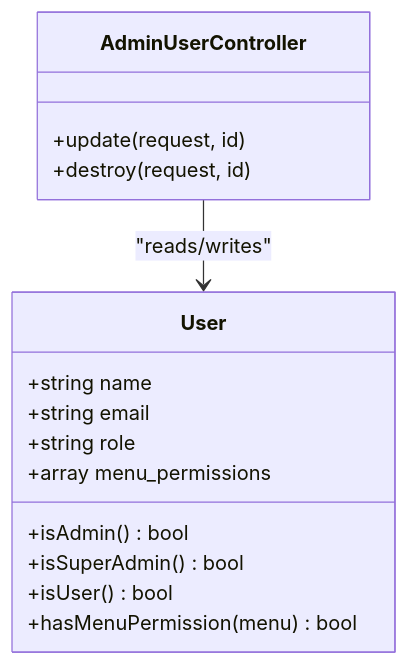
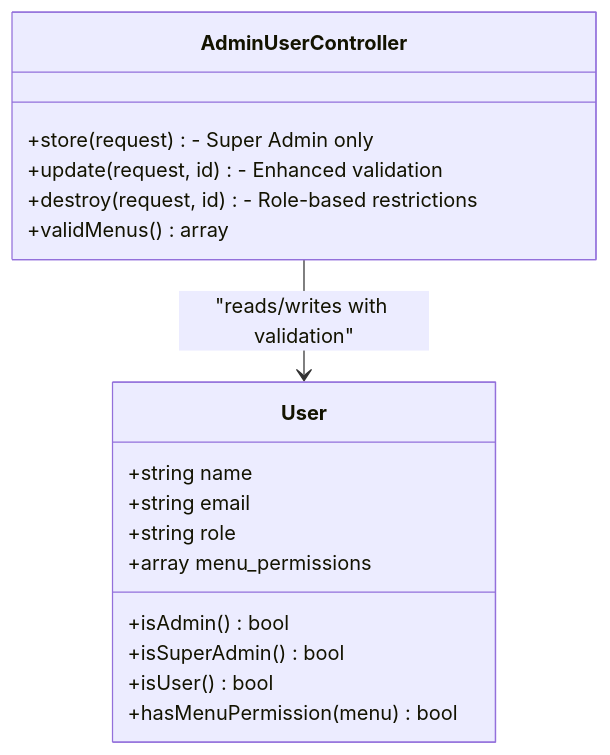
The fifth of 9 diagrams in .qoder/repowiki/en/content/Administrative Dashboard/User Management & Permissions.md (mahbub095/bus-app), drawn with Mermaid before and after one commit. The commit also changed other lines of this file and 119 other files, not shown here.

````diff
--- a/.qoder/repowiki/en/content/Administrative Dashboard/User Management & Permissions.md
+++ b/.qoder/repowiki/en/content/Administrative Dashboard/User Management & Permissions.md
@@ -219,18 +233,20 @@
 ```mermaid
 classDiagram
 class User {
 +string name
 +string email
 +string role
 +array menu_permissions
 +isAdmin() bool
 +isSuperAdmin() bool
 +isUser() bool
 +hasMenuPermission(menu) bool
 }
 class AdminUserController {
-+update(request, id)
-+destroy(request, id)
++store(request) - Super Admin only
++update(request, id) - Enhanced validation
++destroy(request, id) - Role-based restrictions
++validMenus() array
 }
-AdminUserController --> User : "reads/writes"
+AdminUserController --> User : "reads/writes with validation"
 ```
````
